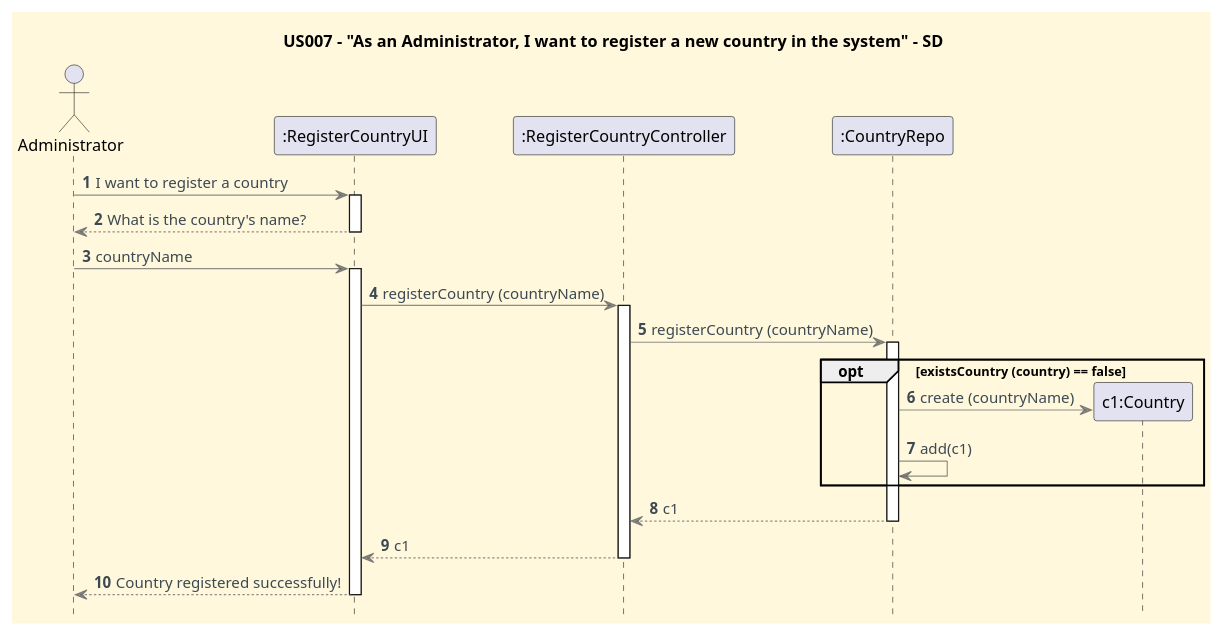
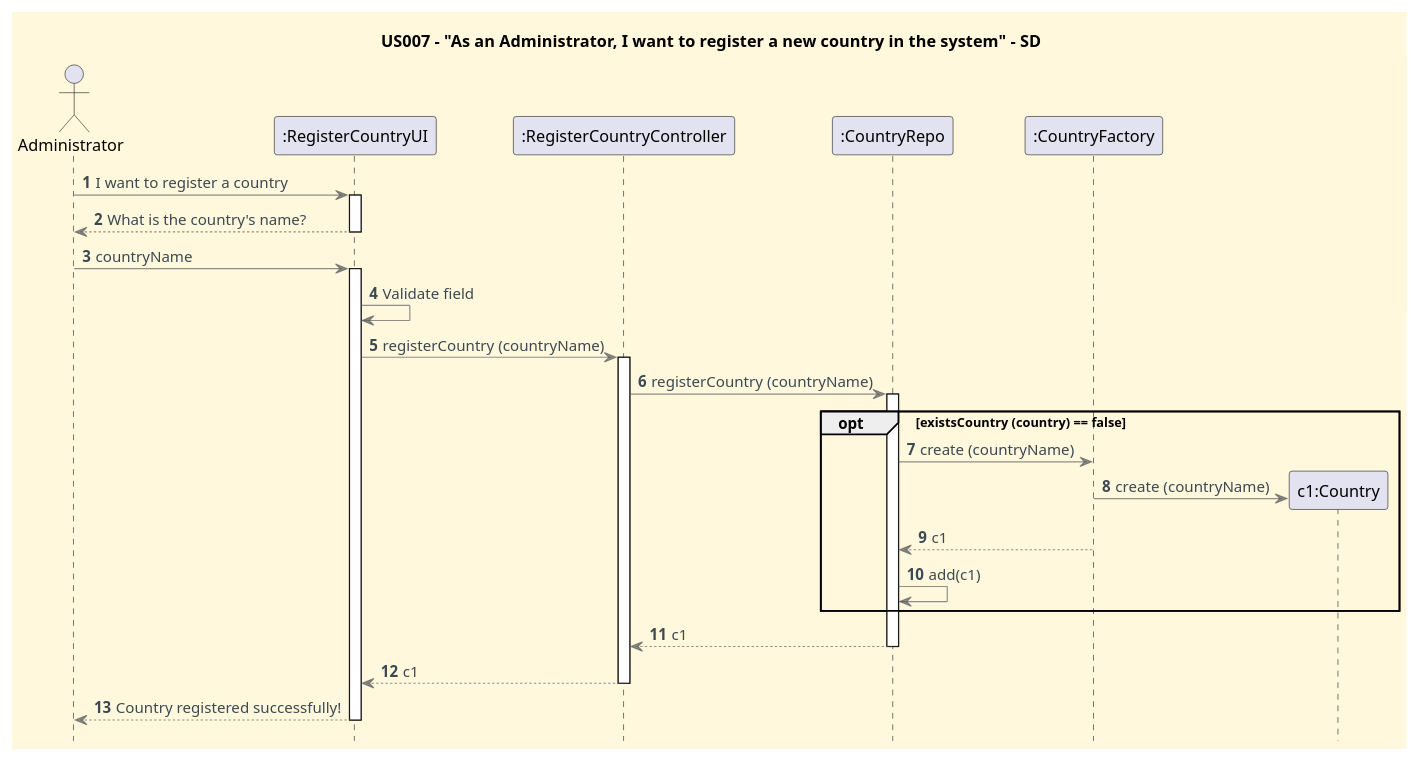
Before and after one commit to CarolinaLeite-collab/JavaMarketplacePlatform: the diagram in docs/userStories/US007/US007_register_a_country_SD.puml, drawn with PlantUML.

Commit message:
Update US007 SD to reflect adding CountryFactory (#223 #155)

```diff
--- a/docs/userStories/US007/US007_register_a_country_SD.puml
+++ b/docs/userStories/US007/US007_register_a_country_SD.puml
@@ -1,52 +1,58 @@
 @startuml
 '==== Title ====
 title US007 - "As an Administrator, I want to register a new country in the system" - SD
 
 '==== basic style ====
 skinparam monochrome false
 
 skinparam defaultFontName Futura
 skinparam objectFontSize 20
 skinparam backgroundColor CornSilk
 skinparam objectBackgroundColor WhiteSmoke
 skinparam noteBackgroundColor #FFFFE0
 skinparam ArrowFontColor #3B4953
 skinparam ArrowColor #57595BAA
 
 hidefootbox
 autonumber
 autoactivate off
 
 ' ==== Actor and participants ====
 actor Administrator as ADM
 participant ":RegisterCountryUI" as UI
 participant ":RegisterCountryController" as CTL
 participant ":CountryRepo" as CR
+participant ":CountryFactory" as FACTORY
+
 
 '==== UI interaction ====
 ADM -> UI: I want to register a country
 activate UI
 UI --> ADM: What is the country's name?
 deactivate UI
 ADM -> UI: countryName
 activate UI
+UI -> UI: Validate field
+
 
 '==== Use case execution ====
 UI -> CTL: registerCountry (countryName)
 activate CTL
 CTL -> CR: registerCountry (countryName)
 activate CR
 
     opt existsCountry (country) == false
+        CR -> FACTORY: create (countryName)
         create "c1:Country"
-        CR -> "c1:Country": create (countryName)
+        FACTORY -> "c1:Country": create (countryName)
+        FACTORY --> CR :c1
         CR -> CR: add(c1)
     end
 
 CR --> CTL: c1
 deactivate CR
 CTL --> UI: c1
 deactivate CTL
 UI --> ADM : Country registered successfully!
 deactivate UI
 @enduml
```
